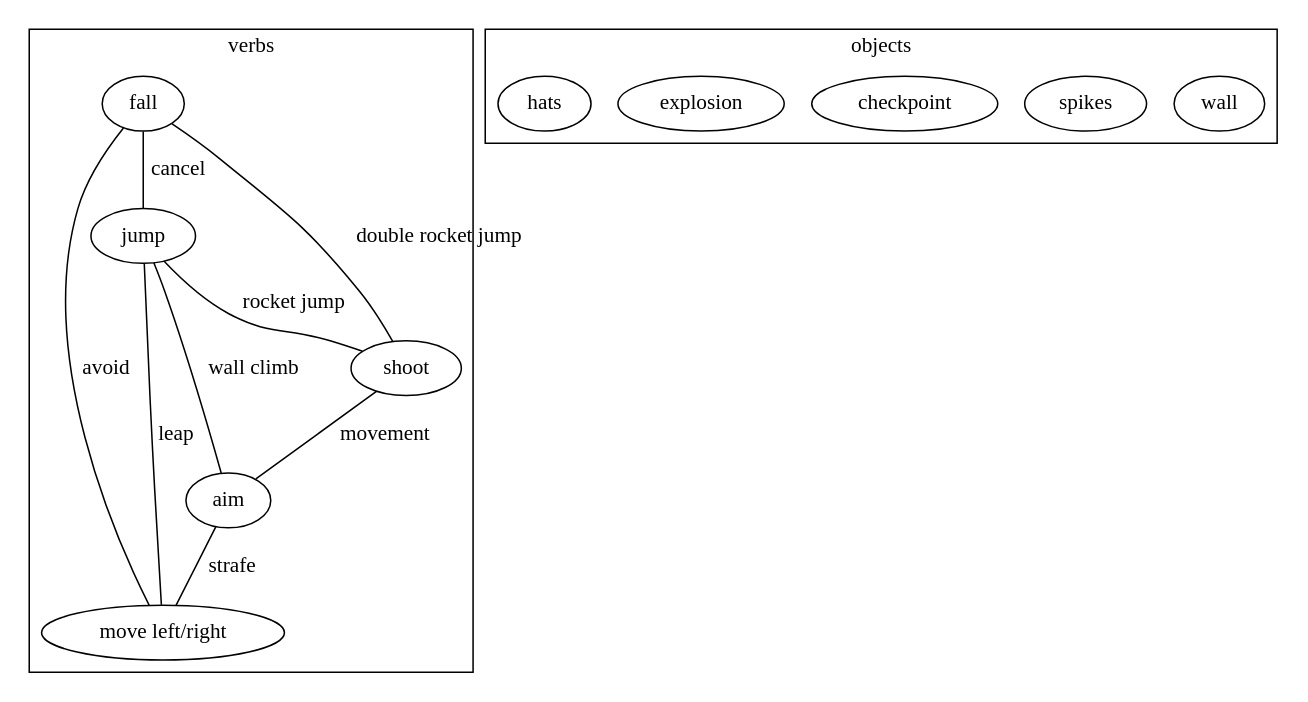
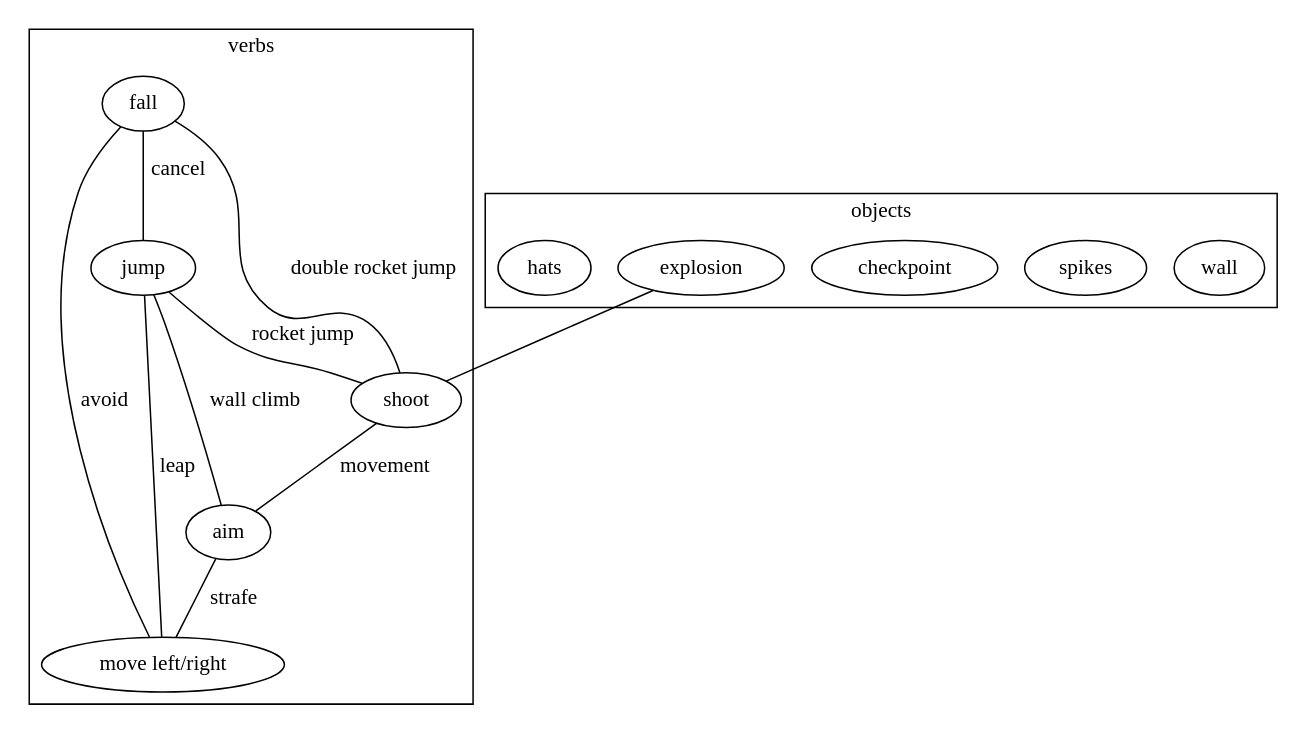
Before and after one commit to nucleartide/sketches-2018: the diagram in rocket_jump_platformer.dot, drawn with Graphviz. The commit also changed 1 other file, not shown here.

```diff
--- a/rocket_jump_platformer.dot
+++ b/rocket_jump_platformer.dot
@@ -1,23 +1,26 @@
 graph rules {
   subgraph cluster_0 {
     label="verbs";
     // dist doesn't matter
     "aim" -- "move left/right"[label="strafe"];
     jump -- shoot[label="rocket jump"];
     shoot -- aim[label="movement"];
     fall -- jump[label="cancel"]
     jump -- aim[label="wall climb"]
     jump -- "move left/right"[label="leap"]
     fall -- "move left/right"[label="avoid"]
     fall -- shoot[label="double rocket jump"]
   }
 
+// verbs have objects, things they act upon, to reinforce them, develop them,
+// and give them choices
   subgraph cluster_1 {
     label="objects";
     wall;
     spikes;
     checkpoint;
-    explosion;
-    hats;
+    explosion -- shoot;
+
+    hats; // none
   }
 }
```
